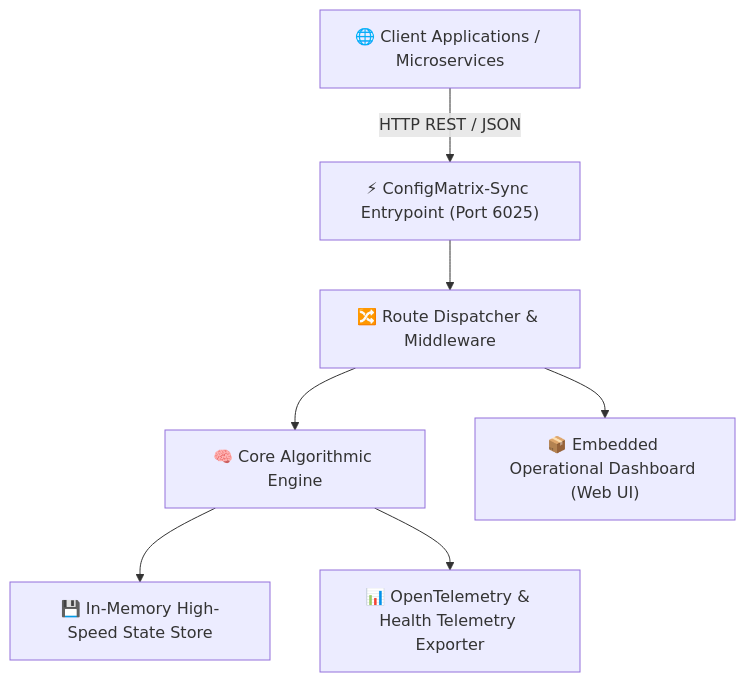
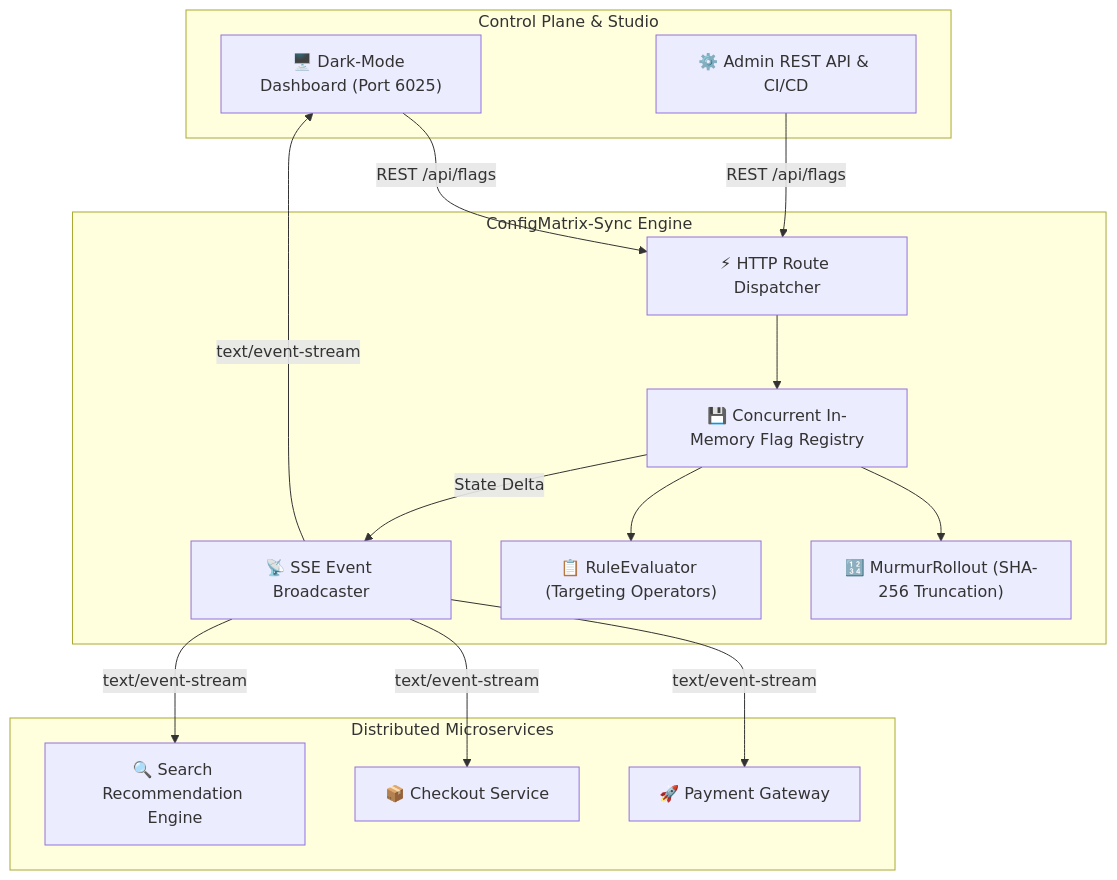
One commit to alinurettin/ConfigMatrix-Sync changed the diagram in README.md. Above: the diagram before and after it, drawn with Mermaid. The commit also changed other lines of this file and 11 other files, not shown here.

Commit message:
feat(core): upgrade to v2.0.0 with deterministic MurmurRollout, multi-attribute rule evaluator, real-time SSE streaming, and interactive dark-mode dashboard

````diff
--- a/README.md
+++ b/README.md
@@ -22,9 +22,32 @@
 ```mermaid
 flowchart TD
-    Client["🌐 Client Applications / Microservices"] -->|HTTP REST / JSON| Gateway["⚡ ConfigMatrix-Sync Entrypoint (Port 6025)"]
-    Gateway --> Router["🔀 Route Dispatcher & Middleware"]
-    Router --> Engine["🧠 Core Algorithmic Engine"]
-    Engine --> Storage["💾 In-Memory High-Speed State Store"]
-    Router --> Static["📦 Embedded Operational Dashboard (Web UI)"]
-    Engine --> Metrics["📊 OpenTelemetry & Health Telemetry Exporter"]
+    subgraph ControlPlane [Control Plane & Studio]
+        UI["🖥️ Dark-Mode Dashboard (Port 6025)"]
+        AdminCLI["⚙️ Admin REST API & CI/CD"]
+    end
+
+    subgraph CoreEngine [ConfigMatrix-Sync Engine]
+        Dispatcher["⚡ HTTP Route Dispatcher"]
+        Registry["💾 Concurrent In-Memory Flag Registry"]
+        Murmur["🔢 MurmurRollout (SHA-256 Truncation)"]
+        RuleAST["📋 RuleEvaluator (Targeting Operators)"]
+        SSEHub["📡 SSE Event Broadcaster"]
+    end
+
+    subgraph EdgeServices [Distributed Microservices]
+        Svc1["🚀 Payment Gateway"]
+        Svc2["📦 Checkout Service"]
+        Svc3["🔍 Search Recommendation Engine"]
+    end
+
+    UI -->|REST /api/flags| Dispatcher
+    AdminCLI -->|REST /api/flags| Dispatcher
+    Dispatcher --> Registry
+    Registry --> Murmur
+    Registry --> RuleAST
+    Registry -->|State Delta| SSEHub
+    SSEHub -->|text/event-stream| UI
+    SSEHub -->|text/event-stream| Svc1
+    SSEHub -->|text/event-stream| Svc2
+    SSEHub -->|text/event-stream| Svc3
 ```
````
